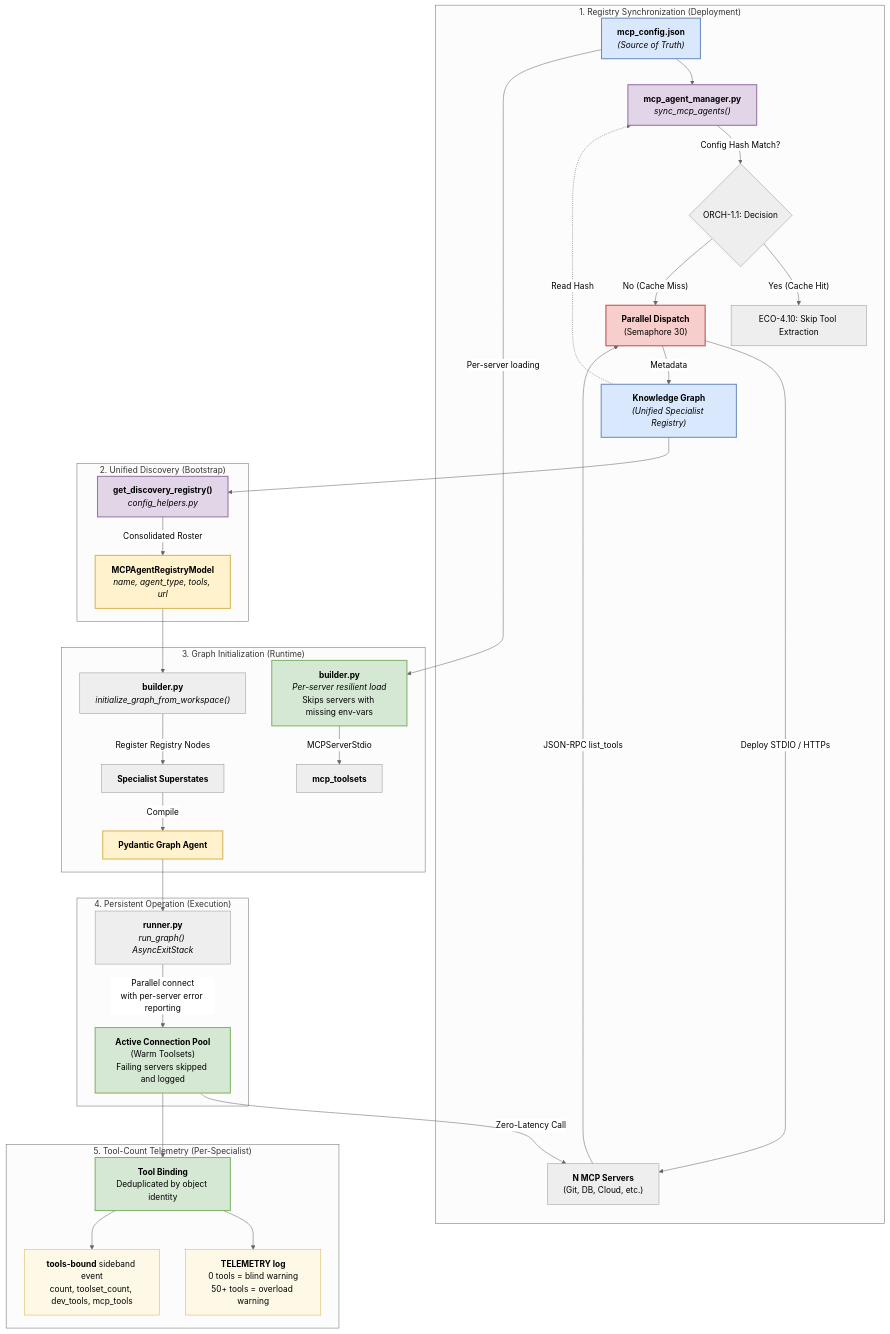
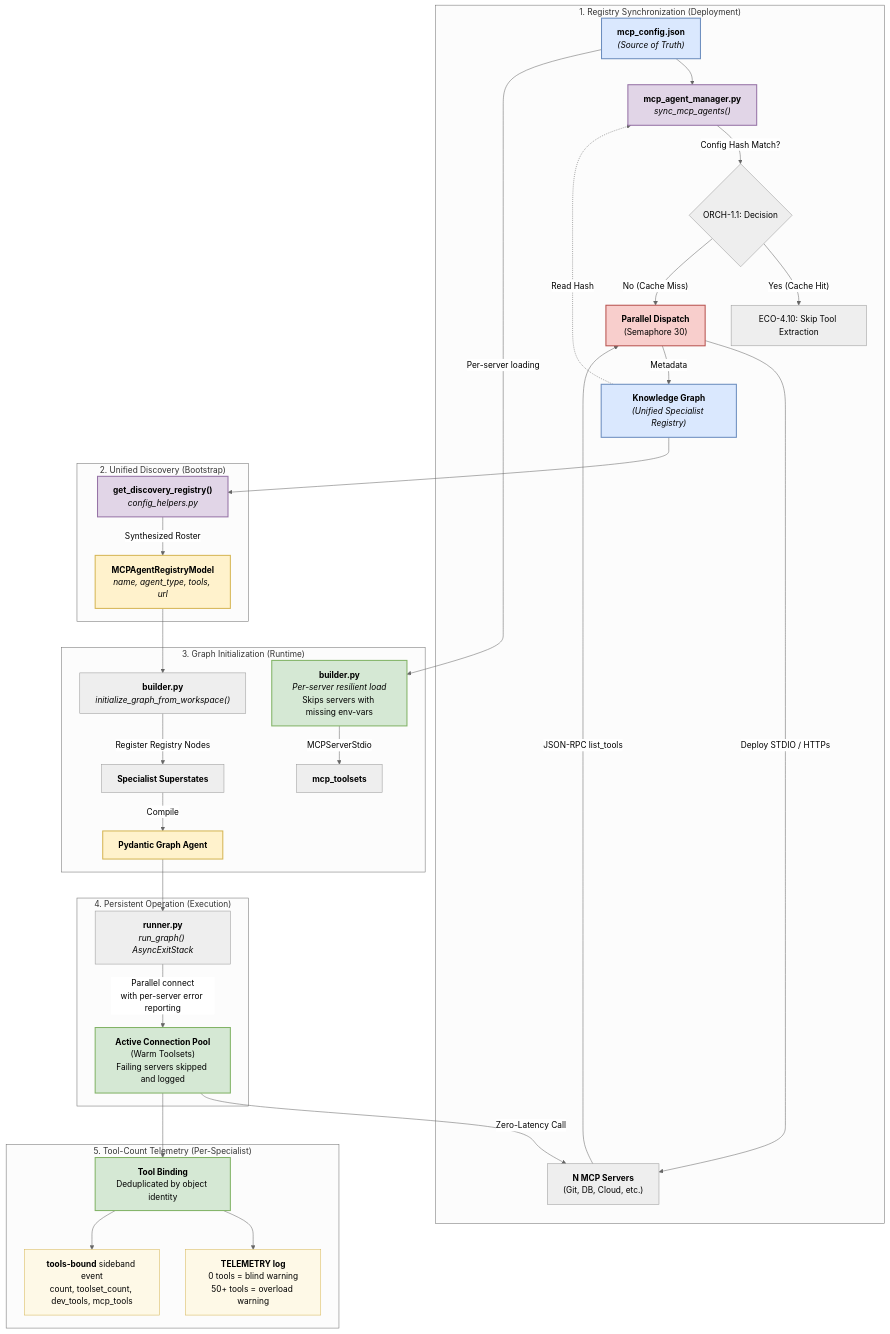
Before and after one commit to Knuckles-Team/agent-utilities: the diagram in docs/guides/agents.md, drawn with Mermaid (neutral theme). The commit also changed 155 other files, not shown here.

````diff
--- a/docs/guides/agents.md
+++ b/docs/guides/agents.md
@@ -35,53 +35,53 @@
 ```mermaid
 graph TD
     subgraph Registry_Phase ["1. Registry Synchronization (Deployment)"]
         Config["<b>mcp_config.json</b><br/><i>(Source of Truth)</i>"] --> Manager["<b>mcp_agent_manager.py</b><br/><i>sync_mcp_agents()</i>"]
         KG_Registry["<b>Knowledge Graph</b><br/><i>(Unified Specialist Registry)</i>"] -.->|Read Hash| Manager
 
         Manager -->|Config Hash Match?| Branch{ORCH-1.1: Decision}
         Branch -- "Yes (Cache Hit)" --> Skip["ECO-4.10: Skip Tool Extraction"]
         Branch -- "No (Cache Miss)" --> Parallel["<b>Parallel Dispatch</b><br/>(Semaphore 30)"]
 
         Parallel -->|Deploy STDIO / HTTPs| Servers["<b>N MCP Servers</b><br/>(Git, DB, Cloud, etc.)"]
         Servers -->|JSON-RPC list_tools| Parallel
         Parallel -->|Metadata| KG_Registry
     end
 
     subgraph Unified_Discovery ["2. Unified Discovery (Bootstrap)"]
         KG_Registry --> UAL["<b>get_discovery_registry()</b><br/><i>config_helpers.py</i>"]
-        UAL -->|Consolidated Roster| Roster["<b>MCPAgentRegistryModel</b><br/><i>name, agent_type, tools, url</i>"]
+        UAL -->|Synthesized Roster| Roster["<b>MCPAgentRegistryModel</b><br/><i>name, agent_type, tools, url</i>"]
     end
 
     subgraph Initialization_Phase ["3. Graph Initialization (Runtime)"]
         Config -->|Per-server loading| Loader["<b>builder.py</b><br/><i>Per-server resilient load</i><br/>Skips servers with missing env-vars"]
         Roster --> Builder["<b>builder.py</b><br/><i>initialize_graph_from_workspace()</i>"]
         Loader -->|MCPServerStdio| ToolPool["<b>mcp_toolsets</b>"]
         Builder -->|Register Registry Nodes| Specialists["<b>Specialist Superstates</b>"]
         Specialists -->|Compile| GraphAgent["<b>Pydantic Graph Agent</b>"]
     end
 
     subgraph Operation_Phase ["4. Persistent Operation (Execution)"]
         GraphAgent --> Lifespan["<b>runner.py</b><br/><i>run_graph() AsyncExitStack</i>"]
         Lifespan -->|"Parallel connect<br/>with per-server error reporting"| ConnPool["<b>Active Connection Pool</b><br/>(Warm Toolsets)<br/>Failing servers skipped and logged"]
         ConnPool -->|Zero-Latency Call| Servers
     end
 
     subgraph Telemetry_Phase ["5. Tool-Count Telemetry (Per-Specialist)"]
         ConnPool --> Bind["<b>Tool Binding</b><br/>Deduplicated by object identity"]
         Bind --> TelLog["<b>TELEMETRY log</b><br/>0 tools = blind warning<br/>50+ tools = overload warning"]
         Bind --> TelEvent["<b>tools-bound</b> sideband event<br/>count, toolset_count, dev_tools, mcp_tools"]
     end
 
     style Config fill:#dae8fe,stroke:#6c8ebf,stroke-width:2px
     style KG_Registry fill:#dae8fe,stroke:#6c8ebf,stroke-width:2px
     style Manager fill:#e1d5e7,stroke:#9673a6,stroke-width:2px
     style Parallel fill:#f8cecc,stroke:#b85450,stroke-width:2px
     style ConnPool fill:#d5e8d4,stroke:#82b366,stroke-width:2px
     style GraphAgent fill:#fff2cc,stroke:#d6b656,stroke-width:2px
     style Loader fill:#d5e8d4,stroke:#82b366,stroke-width:2px
     style UAL fill:#e1d5e7,stroke:#9673a6,stroke-width:2px
     style Roster fill:#fff2cc,stroke:#d6b656,stroke-width:2px
     style Bind fill:#d5e8d4,stroke:#82b366,stroke-width:2px
     style TelLog fill:#fef9e7,stroke:#d6b656,stroke-width:1px
     style TelEvent fill:#fef9e7,stroke:#d6b656,stroke-width:1px
 ```
````
